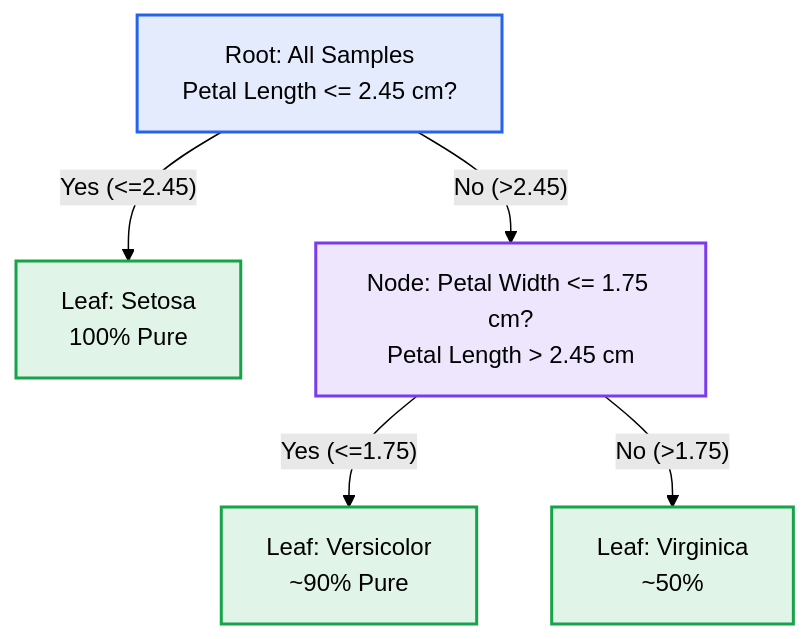
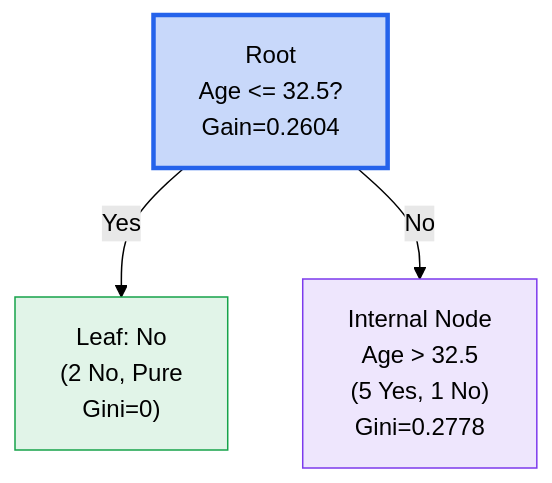
The fourth of 12 diagrams in 301.1-ml/summaries/decision_trees_random_forests.md (MadeInShineA/hei-course-summaries), drawn with Mermaid (forest theme) before and after one commit. The commit also changed other lines of this file, not shown here.

````diff
--- a/301.1-ml/summaries/decision_trees_random_forests.md
+++ b/301.1-ml/summaries/decision_trees_random_forests.md
@@ -105,14 +218,9 @@
 ```mermaid
 graph TD
-    A["Root: All Samples<br/>Petal Length <= 2.45 cm?"]
-    A -->|"Yes (<=2.45)"| C["Leaf: Setosa<br/>100% Pure"]
-    A -->|"No (>2.45)"| B["Node: Petal Width <= 1.75 cm?<br/>Petal Length > 2.45 cm"]
-    B -->|"Yes (<=1.75)"| E["Leaf: Versicolor<br/>~90% Pure"]
-    B -->|"No (>1.75)"| D["Leaf: Virginica<br/>~50%"]
-
-    style A fill:#2563eb20,stroke:#2563eb,stroke-width:2px
-    style B fill:#7c3aed20,stroke:#7c3aed,stroke-width:2px
-    style C fill:#16a34a20,stroke:#16a34a,stroke-width:2px
-    style D fill:#16a34a20,stroke:#16a34a,stroke-width:2px
-    style E fill:#16a34a20,stroke:#16a34a,stroke-width:2px
+    ROOT["Root<br/>Age <= 32.5?<br/>Gain=0.2604"] -->|"Yes"| LEFT["Leaf: No<br/>(2 No, Pure<br/>Gini=0)"]
+    ROOT -->|"No"| RIGHT["Internal Node<br/>Age > 32.5<br/>(5 Yes, 1 No)<br/>Gini=0.2778"]
+    
+    style ROOT fill:#2563eb40,stroke:#2563eb,stroke-width:3px
+    style LEFT fill:#16a34a20,stroke:#16a34a
+    style RIGHT fill:#7c3aed20,stroke:#7c3aed
 ```
````
